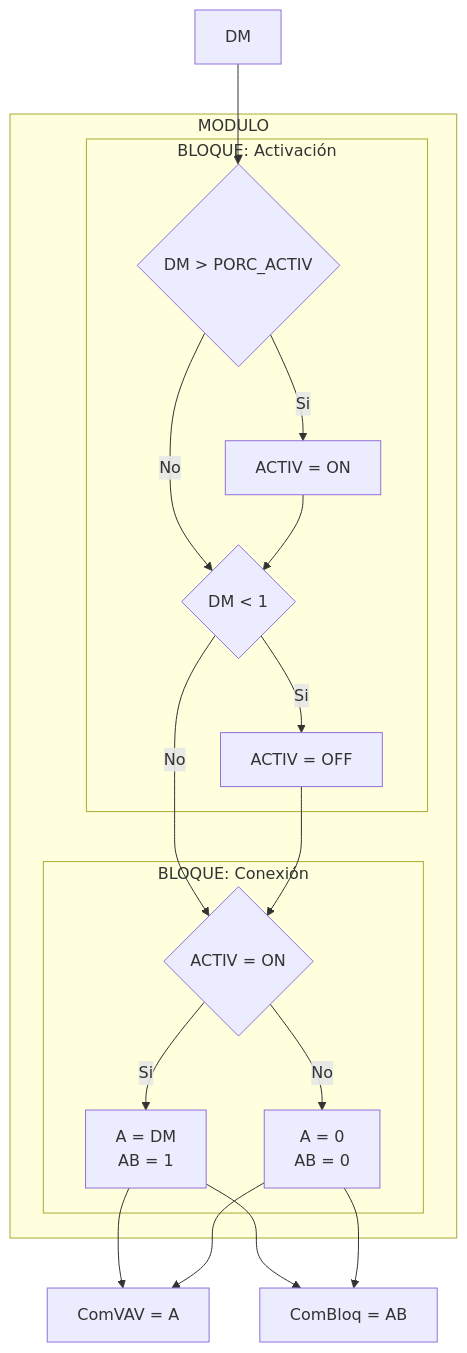
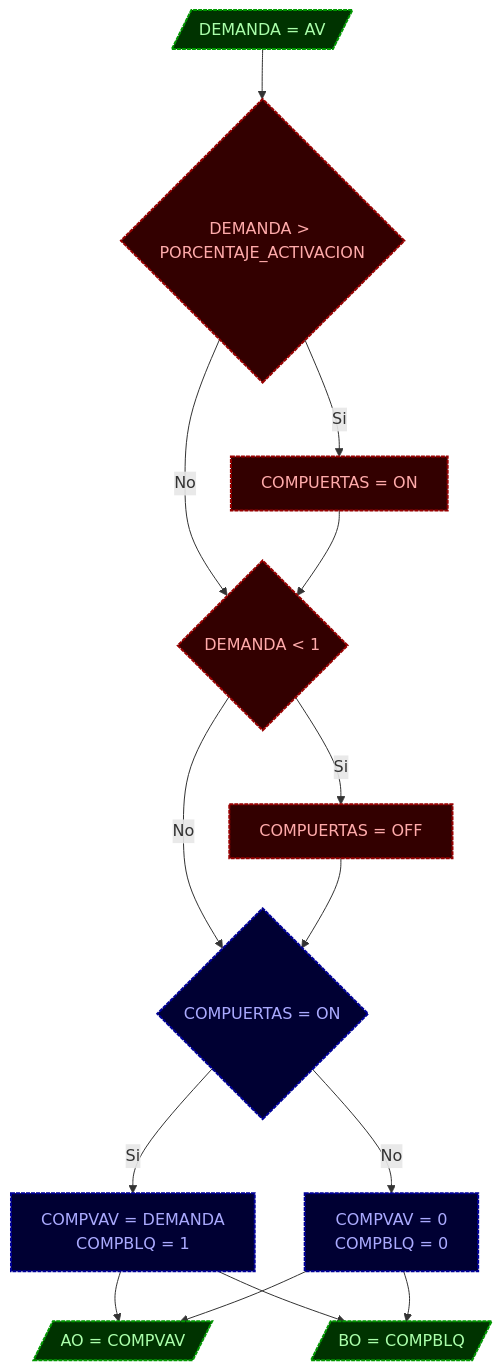
One commit to cjhirashi/ct-prub-in changed the second of 2 diagrams in Cuarto-de-Pruebas/Controlador-1/PRG2/PROMPT.md. Above: the diagram before and after it, drawn with Mermaid. The commit also changed other lines of this file and 1 other file, not shown here.

Commit message:
Actualizar el documento PROMPT.md para detallar la lógica de control de compuertas VAVs, incluyendo declaración de variables y un diagrama de flujo del módulo de control.

````diff
--- a/Cuarto-de-Pruebas/Controlador-1/PRG2/PROMPT.md
+++ b/Cuarto-de-Pruebas/Controlador-1/PRG2/PROMPT.md
@@ -78,24 +162,24 @@
 ```mermaid
-graph TD
-    DM --> ACTIVACION{DM > PORC_ACTIV};
-    subgraph MODULO
-        subgraph BLOQUE: Activación
-            ACTIVACION -- Si --> SetActive[ACTIV = ON]
-            ACTIVACION -- No --> DESACTIVACION
-            SetActive --> DESACTIVACION{DM < 1}
-            DESACTIVACION -- Si --> SetInactive[ACTIV = OFF]
-        end
-        subgraph BLOQUE: Conexión
-            DESACTIVACION -- No --> CONECTOR
-            SetInactive --> CONECTOR
-            CONECTOR{ACTIV = ON} -- Si --> SISACT[A = DM<br>AB = 1]
-            CONECTOR -- No --> SISINACT[A = 0<br>AB = 0]
-        end
-    end
-    CompVAV[ComVAV = A]
-    CompBloq[ComBloq = AB]
-    SISACT --> CompVAV
-    SISACT --> CompBloq
-    SISINACT --> CompVAV
-    SISINACT --> CompBloq
+flowchart TB
+
+    DM[/DEMANDA = AV/]:::variables --> ACT{DEMANDA > PORCENTAJE_ACTIVACION}:::bloque1;
+
+        ACT -- Si --> SetActive[COMPUERTAS = ON]:::bloque1 
+        ACT -- No --> DES{DEMANDA < 1}:::bloque1
+        SetActive --> DES
+        DES -- Si --> SetInactive[COMPUERTAS = OFF]:::bloque1
+    
+        DES -- No --> CONECTOR:::bloque2
+        SetInactive --> CONECTOR
+        CONECTOR{COMPUERTAS = ON} -- Si --> SISACT[COMPVAV = DEMANDA<br>COMPBLQ = 1]:::bloque2
+        CONECTOR -- No --> SISINACT[COMPVAV = 0<br>COMPBLQ = 0]:::bloque2
+
+    SISACT & SISINACT --> CompVAV[/AO = COMPVAV/]:::variables
+    SISACT & SISINACT --> CompBloq[/BO = COMPBLQ/]:::variables
+
+    classDef variables fill:#030,stroke:#090,stroke-width:2px,color:#afa,stroke-dasharray: 4 1
+
+    classDef bloque1 fill:#300,stroke:#900,stroke-width:2px,color:#faa,stroke-dasharray: 4 1
+
+    classDef bloque2 fill:#003,stroke:#009,stroke-width:2px,color:#aaf,stroke-dasharray: 4 1
 ```
````
